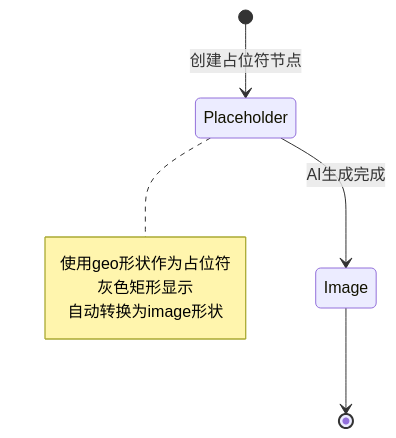
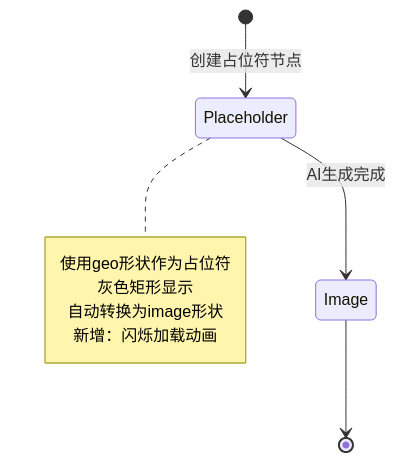
Before and after one commit to billye220670/BananaFlow2: diagram 15 of 29 in .qoder/repowiki/zh/content/核心功能模块/画布交互系统.md, drawn with Mermaid. The commit also changed other lines of this file and 22 other files, not shown here.

````diff
--- a/.qoder/repowiki/zh/content/核心功能模块/画布交互系统.md
+++ b/.qoder/repowiki/zh/content/核心功能模块/画布交互系统.md
@@ -622,11 +706,12 @@
 ```mermaid
 stateDiagram-v2
 [*] --> Placeholder : 创建占位符节点
 Placeholder --> Image : AI生成完成
 Image --> [*]
 note right of Placeholder
 使用geo形状作为占位符
 灰色矩形显示
 自动转换为image形状
+新增：闪烁加载动画
 end note
 ```
````
